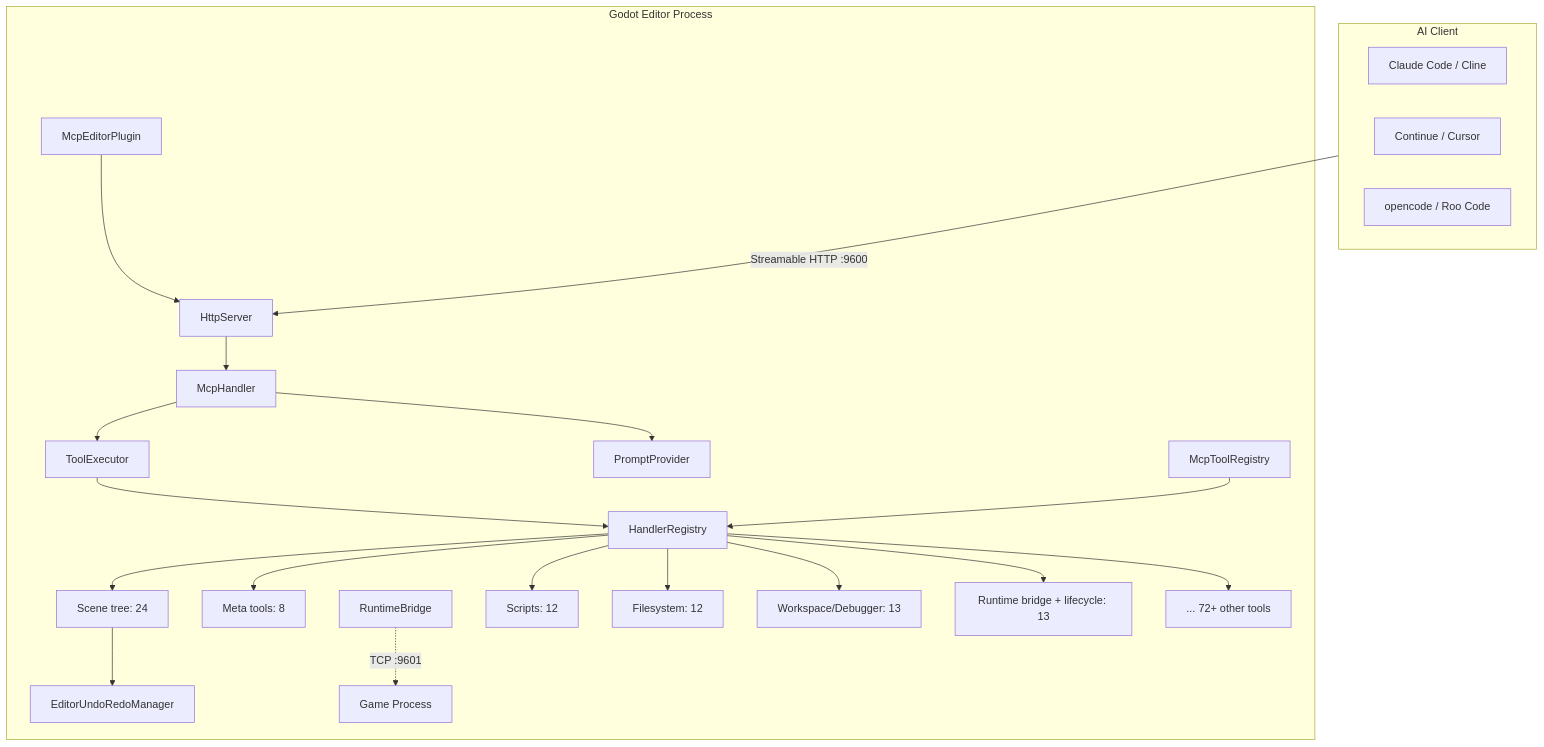
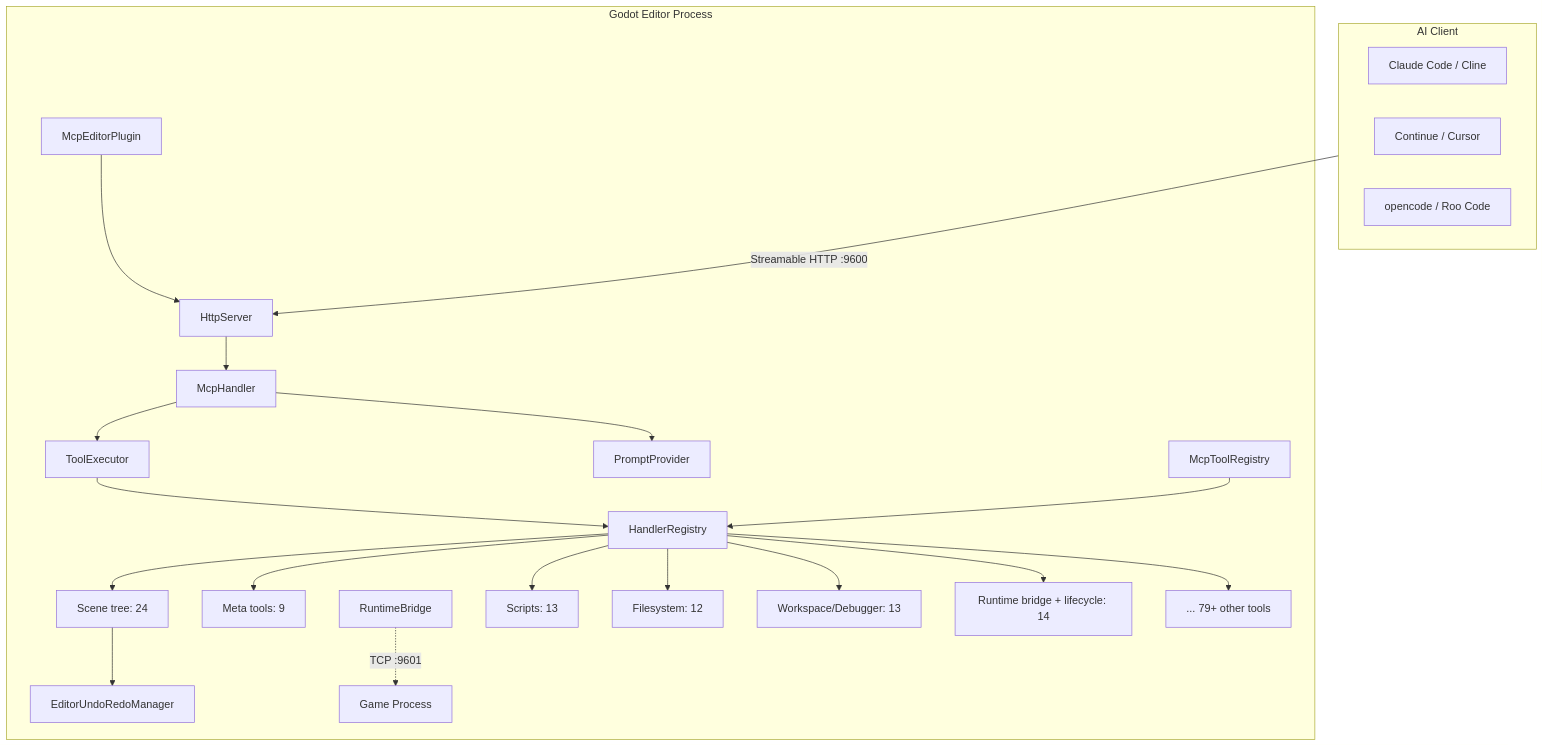
One commit to jesspig/GodotMCP-GDExtension changed the first of 4 diagrams in docs/en/about/architecture.md. Above: the diagram before and after it, drawn with Mermaid. The commit also changed other lines of this file and 27 other files, not shown here.

````diff
--- a/docs/en/about/architecture.md
+++ b/docs/en/about/architecture.md
@@ -5,39 +5,39 @@
 ```mermaid
 graph TB
     subgraph AI_CLIENT["AI Client"]
         CC[Claude Code / Cline]
         CO[Continue / Cursor]
         OC[opencode / Roo Code]
     end
 
     subgraph GODOT["Godot Editor Process"]
         EP[McpEditorPlugin]
         HS[HttpServer]
         MH[McpHandler]
         HR[HandlerRegistry]
         TE[ToolExecutor]
         PP[PromptProvider]
         EU[EditorUndoRedoManager]
         RB[RuntimeBridge]
         SDK[McpToolRegistry]
 
         EP --> HS
         HS --> MH
         MH --> TE
         TE --> HR
         MH --> PP
         SDK --> HR
         RB -.->|TCP :9601| GameProcess[Game Process]
 
-        HR --> tools_meta[Meta tools: 8]
+        HR --> tools_meta[Meta tools: 9]
         HR --> tools_scene[Scene tree: 24]
-        HR --> tools_script[Scripts: 12]
+        HR --> tools_script[Scripts: 13]
         HR --> tools_fs[Filesystem: 12]
         HR --> tools_workspace[Workspace/Debugger: 13]
-        HR --> tools_runtime[Runtime bridge + lifecycle: 13]
-        HR --> tools_other[... 72+ other tools]
+        HR --> tools_runtime[Runtime bridge + lifecycle: 14]
+        HR --> tools_other[... 79+ other tools]
     end
 
     AI_CLIENT -- "Streamable HTTP :9600" --> HS
     tools_scene --> EU
 ```
````
